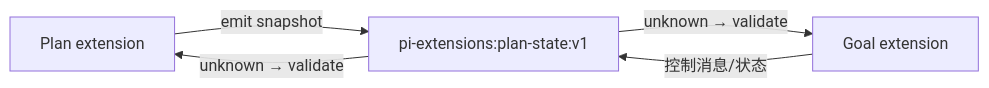
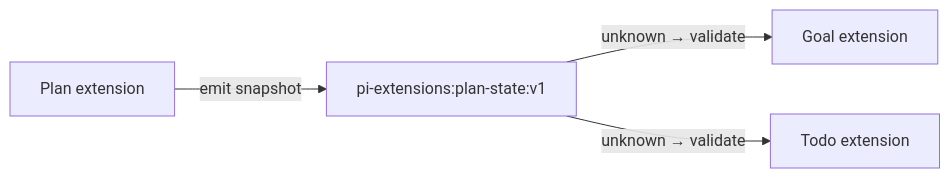
Diagram 14 of 19 in docs/design/04-extension-system.md (jaronic/pi-extensions), drawn with Mermaid before and after one commit. The commit also changed other lines of this file and 15 other files, not shown here.

````diff
--- a/docs/design/04-extension-system.md
+++ b/docs/design/04-extension-system.md
@@ -333,9 +341,11 @@
 ```mermaid
 flowchart LR
     Plan[Plan extension]
     Channel[pi-extensions:plan-state:v1]
     Goal[Goal extension]
+    Todo[Todo extension]
 
-    Plan -->|emit snapshot| Channel -->|unknown → validate| Goal
-    Goal -->|控制消息/状态| Channel -->|unknown → validate| Plan
+    Plan -->|emit snapshot| Channel
+    Channel -->|unknown → validate| Goal
+    Channel -->|unknown → validate| Todo
 ```
````
